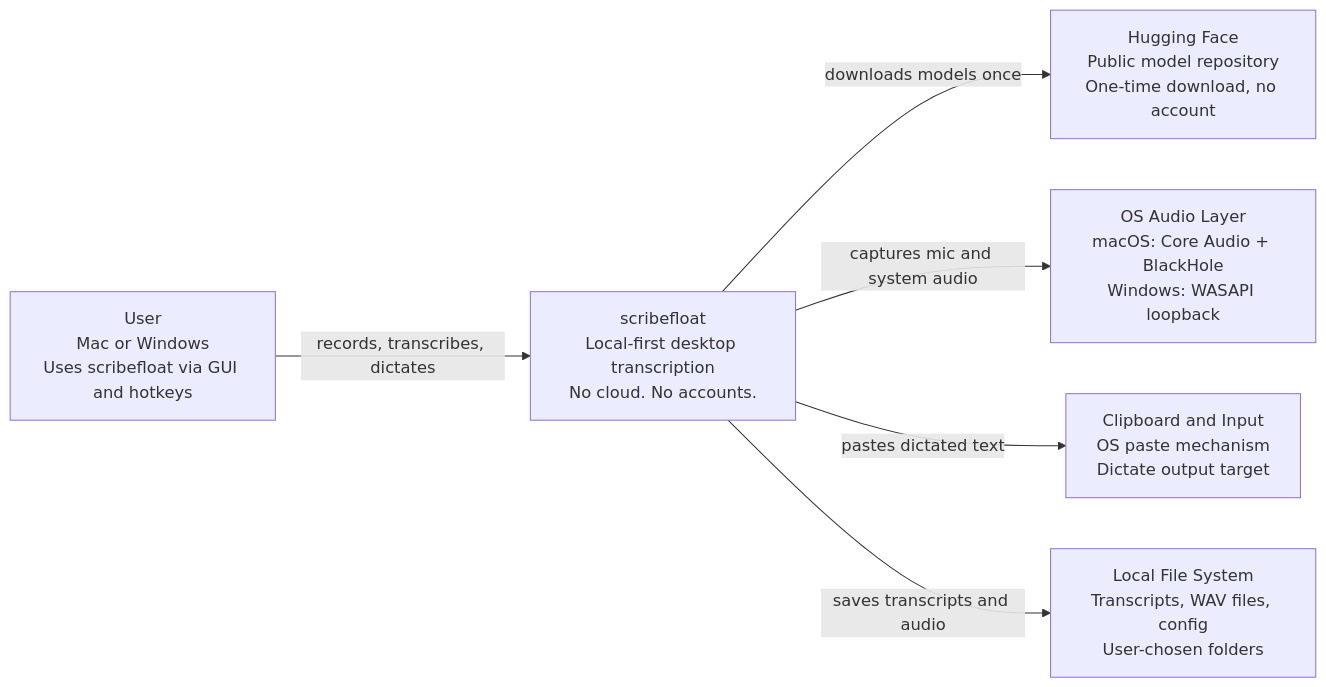
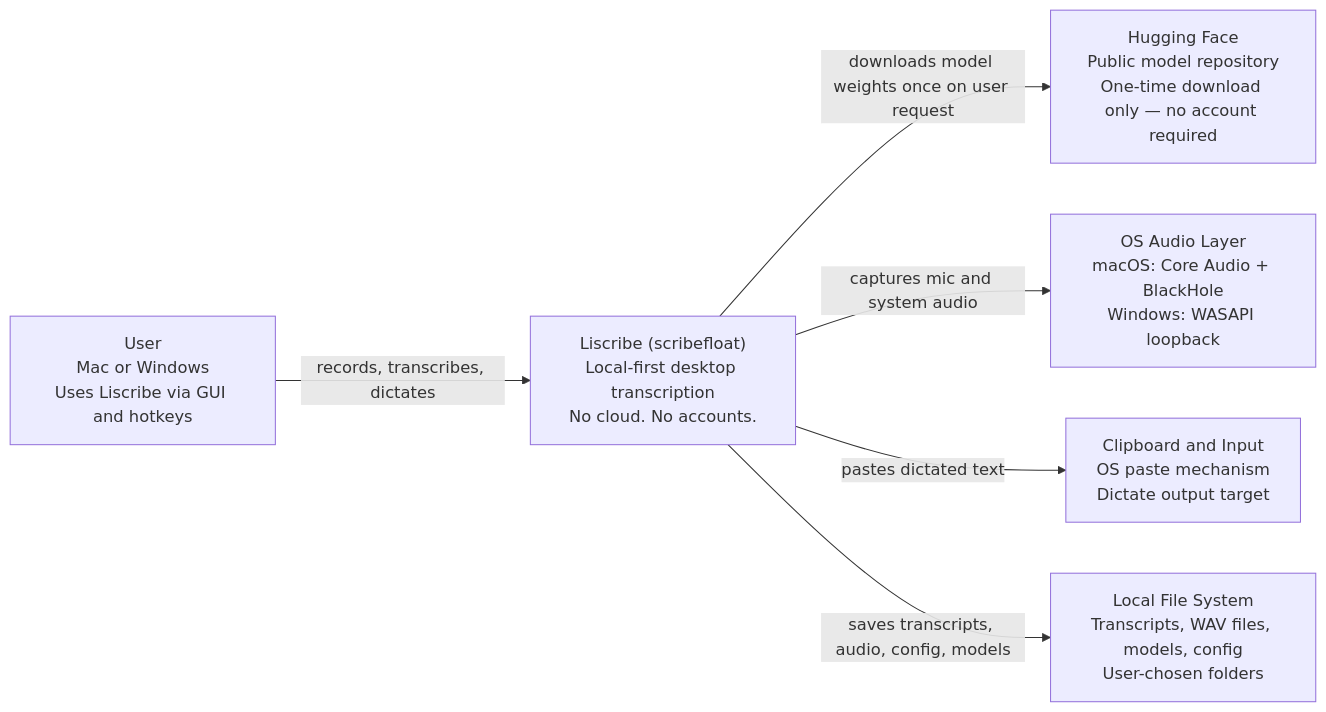
The first of 10 diagrams in context/architecture.md (Lenniott/scribeFloat), drawn with Mermaid before and after one commit. The commit also changed other lines of this file and 3 other files, not shown here.

First line of the commit message:
Add README, PRIVACY policy, LICENSE and update C4 architecture diagrams

````diff
--- a/context/architecture.md
+++ b/context/architecture.md
@@ -13,15 +13,15 @@
 ```mermaid
 graph LR
-    user["User\nMac or Windows\nUses scribefloat via GUI and hotkeys"]
-    scribefloat["scribefloat\nLocal-first desktop transcription\nNo cloud. No accounts."]
-    hf["Hugging Face\nPublic model repository\nOne-time download, no account"]
+    user["User\nMac or Windows\nUses Liscribe via GUI and hotkeys"]
+    scribefloat["Liscribe (scribefloat)\nLocal-first desktop transcription\nNo cloud. No accounts."]
+    hf["Hugging Face\nPublic model repository\nOne-time download only — no account required"]
     audio["OS Audio Layer\nmacOS: Core Audio + BlackHole\nWindows: WASAPI loopback"]
     clipboard["Clipboard and Input\nOS paste mechanism\nDictate output target"]
-    fs["Local File System\nTranscripts, WAV files, config\nUser-chosen folders"]
+    fs["Local File System\nTranscripts, WAV files, models, config\nUser-chosen folders"]
 
     user -->|"records, transcribes, dictates"| scribefloat
-    scribefloat -->|"downloads models once"| hf
+    scribefloat -->|"downloads model weights once on user request"| hf
     scribefloat -->|"captures mic and system audio"| audio
     scribefloat -->|"pastes dictated text"| clipboard
-    scribefloat -->|"saves transcripts and audio"| fs
+    scribefloat -->|"saves transcripts, audio, config, models"| fs
 ```
````
